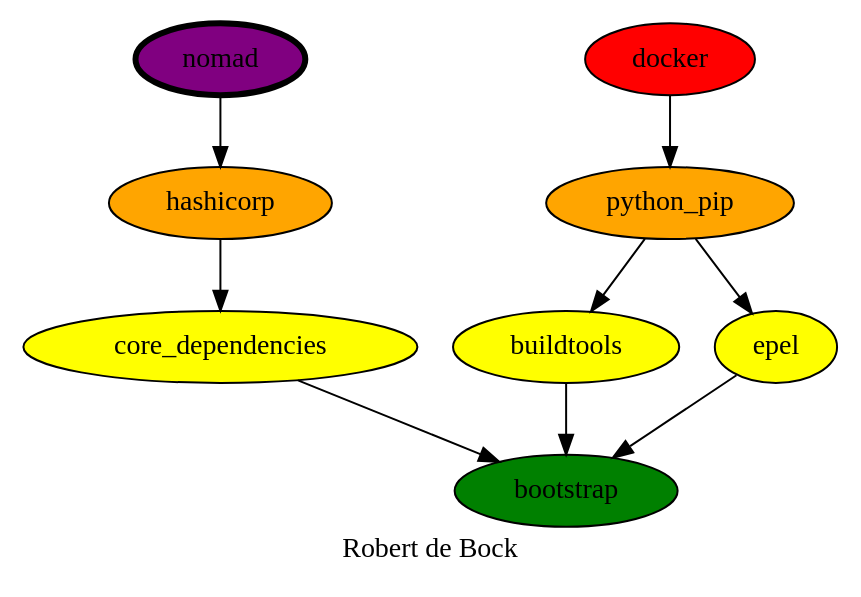
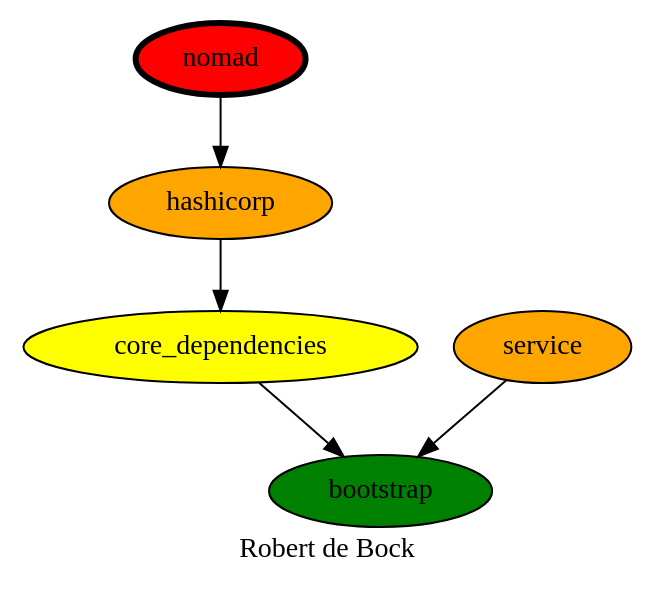
The diagram in nomad.dot (robertdebock/drawings), drawn with Graphviz before and after one commit.

Commit message:
Less dependecies.

```diff
--- a/nomad.dot
+++ b/nomad.dot
@@ -1,19 +1,14 @@
 digraph PhiloDilemma {
   label = "Robert de Bock" ;
   overlap=false
   {
     bootstrap [fillcolor=green style=filled]
     "core_dependencies" [fillcolor=yellow style=filled]
-    buildtools [fillcolor=yellow style=filled]
-    epel [fillcolor=yellow style=filled]
-    "python_pip" [fillcolor=orange style=filled]
-    docker [fillcolor=red style=filled]
     hashicorp [fillcolor=orange style=filled]
-    nomad [fillcolor=purple style=filled penwidth=3]
+    service [fillcolor=orange style=filled]
+    nomad [fillcolor=red style=filled penwidth=3]
   }
-  {buildtools "core_dependencies" epel} -> bootstrap
-  "python_pip" -> {buildtools epel}
-  docker -> "python_pip"
+  {"core_dependencies" service} -> bootstrap
   hashicorp -> "core_dependencies"
   nomad -> hashicorp
 }
```
